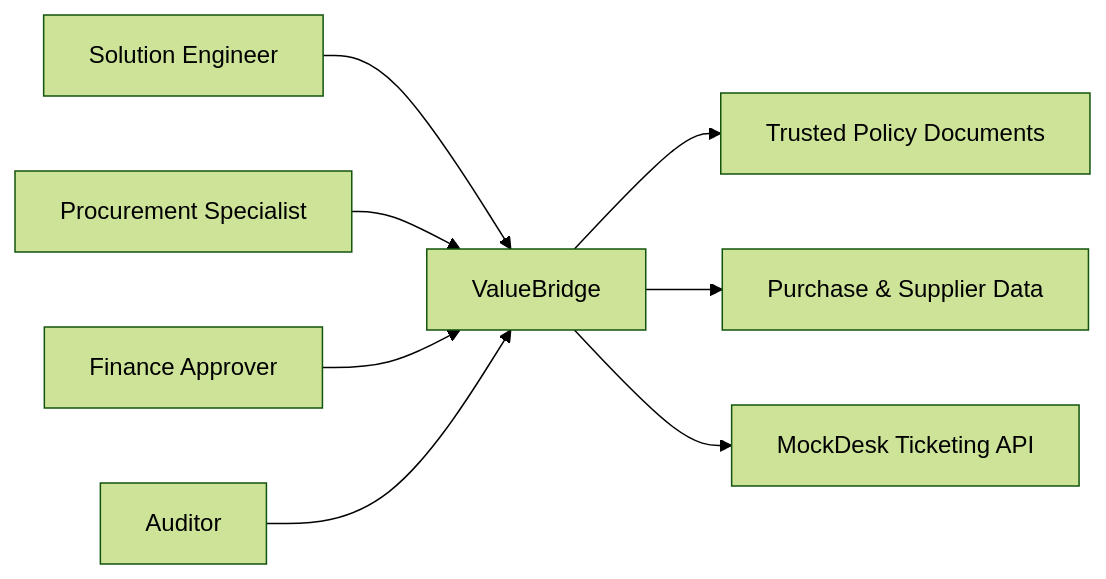
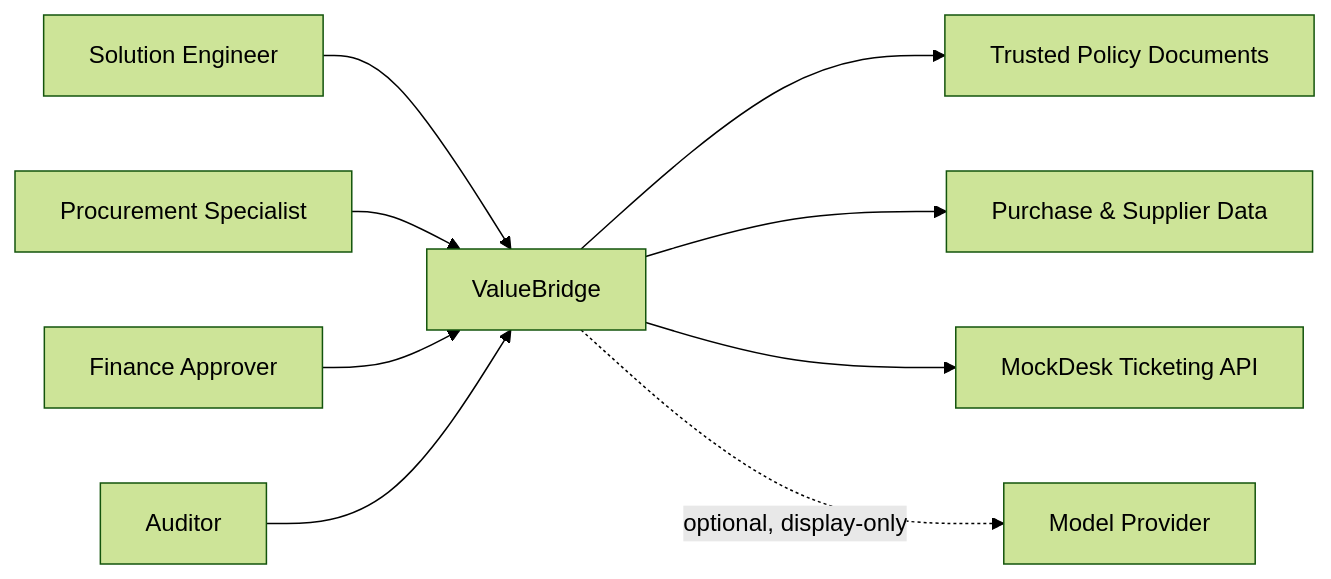
One commit to MertArtun/valuebridge-procurement-poc changed the diagram in docs/diagrams/system_context.mmd. Above: the diagram before and after it, drawn with Mermaid (forest theme). The commit also changed 13 other files, not shown here.

```diff
--- a/docs/diagrams/system_context.mmd
+++ b/docs/diagrams/system_context.mmd
@@ -1,8 +1,9 @@
 flowchart LR
     SE[Solution Engineer] --> VB[ValueBridge]
     PS[Procurement Specialist] --> VB
     FA[Finance Approver] --> VB
     AU[Auditor] --> VB
     VB --> DOCS[Trusted Policy Documents]
     VB --> DATA[Purchase & Supplier Data]
     VB --> MD[MockDesk Ticketing API]
+    VB -. "optional, display-only" .-> LLM[Model Provider]
```
